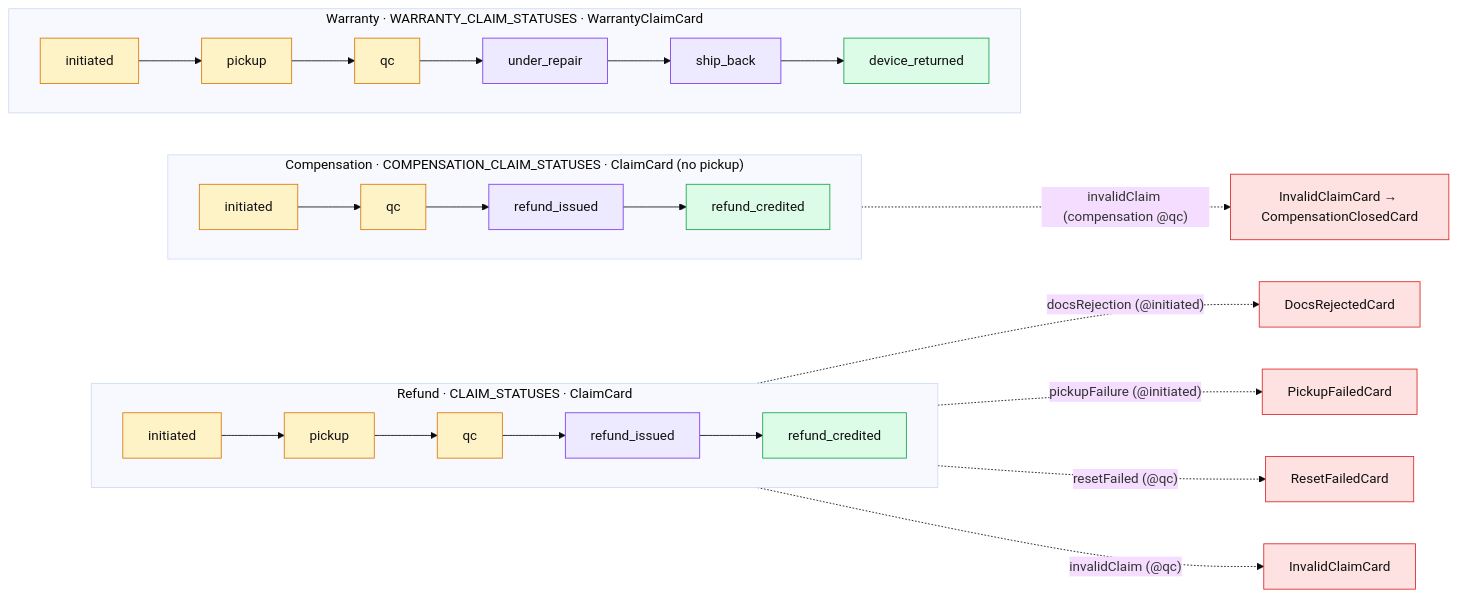
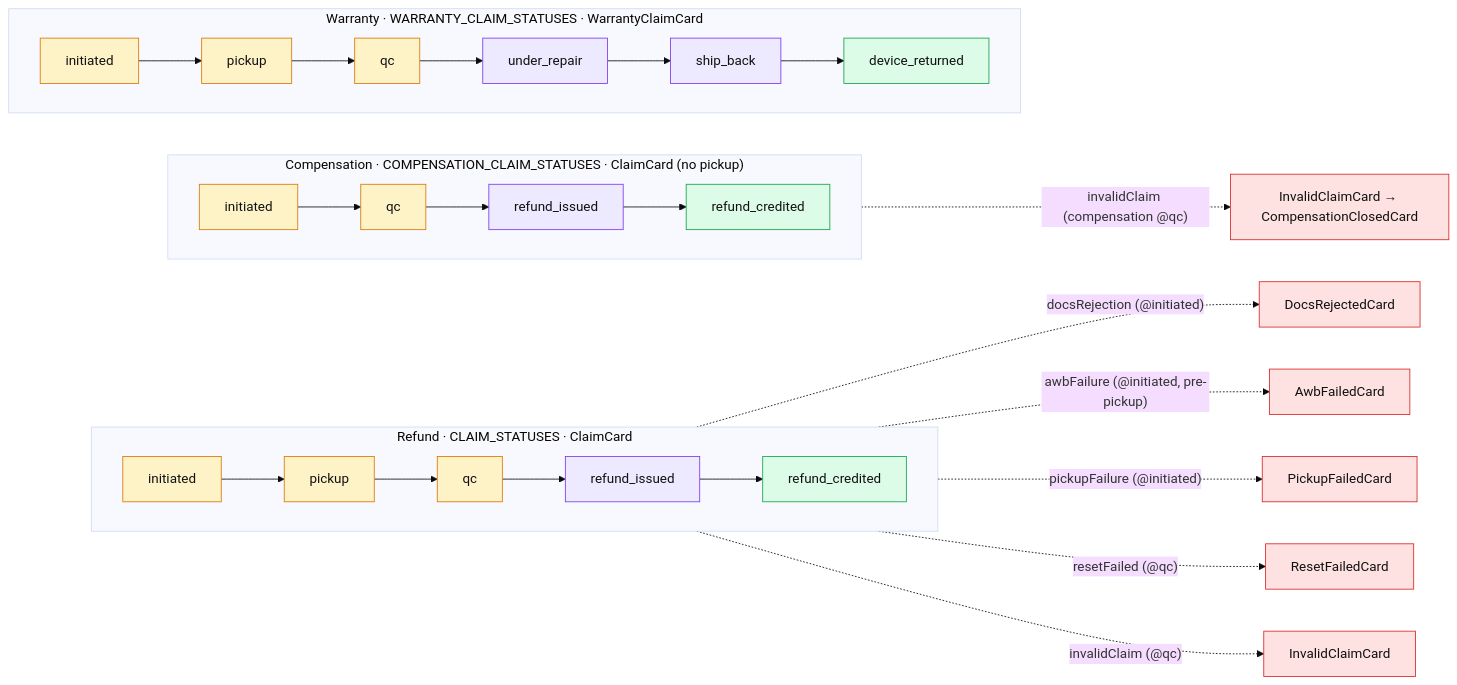
The second of 3 diagrams in docs/output/diagrams.md (andrea-revibe/my-account-redesign-v2), drawn with Mermaid (base theme) before and after one commit. The commit also changed other lines of this file and 13 other files, not shown here.

````diff
--- a/docs/output/diagrams.md
+++ b/docs/output/diagrams.md
@@ -72,26 +74,27 @@
 ```mermaid
 flowchart LR
   classDef warn fill:#fef3c7,stroke:#d97706,color:#111
   classDef brand fill:#ede9fe,stroke:#7c3aed,color:#111
   classDef done fill:#dcfce7,stroke:#16a34a,color:#111
   classDef takeover fill:#fee2e2,stroke:#dc2626,color:#111
 
   subgraph REFUND["Refund · CLAIM_STATUSES · ClaimCard"]
     direction LR
     r1["initiated"]:::warn --> r2["pickup"]:::warn --> r3["qc"]:::warn --> r4["refund_issued"]:::brand --> r5["refund_credited"]:::done
   end
   subgraph COMP["Compensation · COMPENSATION_CLAIM_STATUSES · ClaimCard (no pickup)"]
     direction LR
     c1["initiated"]:::warn --> c3["qc"]:::warn --> c4["refund_issued"]:::brand --> c5["refund_credited"]:::done
   end
   subgraph WARR["Warranty · WARRANTY_CLAIM_STATUSES · WarrantyClaimCard"]
     direction LR
     w1["initiated"]:::warn --> w2["pickup"]:::warn --> w3["qc"]:::warn --> w4["under_repair"]:::brand --> w5["ship_back"]:::brand --> w6["device_returned"]:::done
   end
 
   r1 -. "docsRejection (@initiated)" .-> T1["DocsRejectedCard"]:::takeover
+  r1 -. "awbFailure (@initiated, pre-pickup)" .-> T1b["AwbFailedCard"]:::takeover
   r1 -. "pickupFailure (@initiated)" .-> T2["PickupFailedCard"]:::takeover
   r3 -. "resetFailed (@qc)" .-> T3["ResetFailedCard"]:::takeover
   r3 -. "invalidClaim (@qc)" .-> T4["InvalidClaimCard"]:::takeover
   c3 -. "invalidClaim (compensation @qc)" .-> T5["InvalidClaimCard → CompensationClosedCard"]:::takeover
 ```
````
